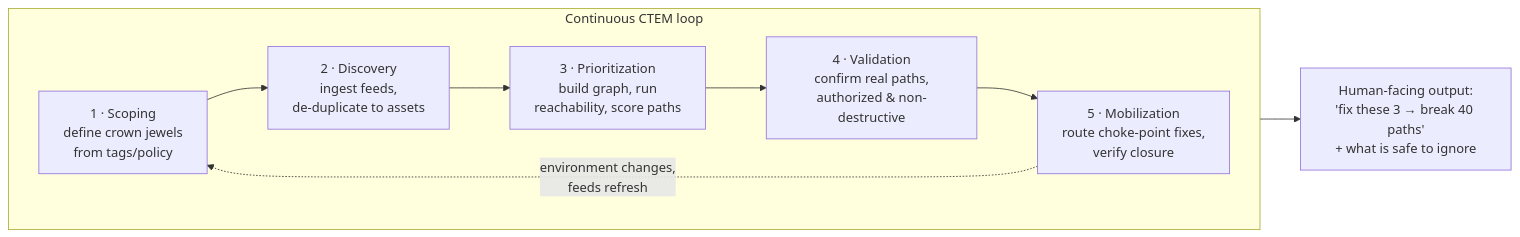
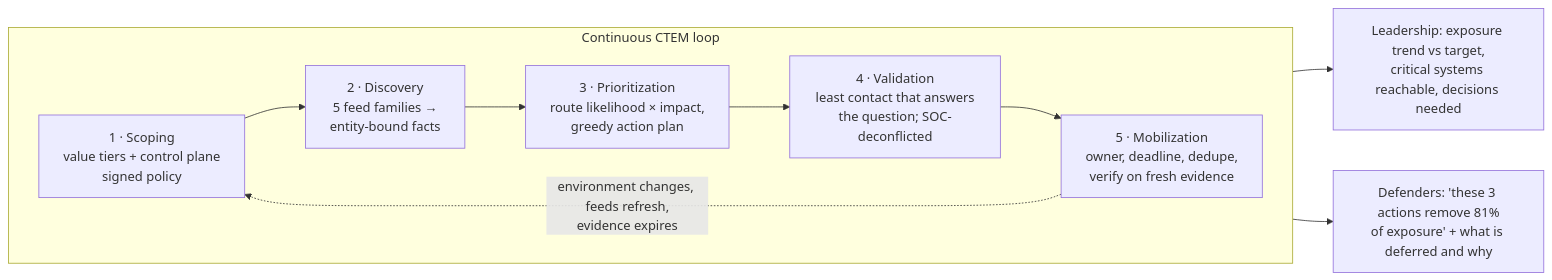
One commit to Daily-lesson/EASM_RED changed the first of 3 diagrams in docs/PLAN.md. Above: the diagram before and after it, drawn with Mermaid. The commit also changed other lines of this file and 12 other files, not shown here.

````diff
--- a/docs/PLAN.md
+++ b/docs/PLAN.md
@@ -29,12 +64,13 @@
 ```mermaid
 flowchart LR
   subgraph LOOP["Continuous CTEM loop"]
     direction LR
-    S["1 · Scoping<br/>define crown jewels<br/>from tags/policy"] --> D["2 · Discovery<br/>ingest feeds,<br/>de-duplicate to assets"]
-    D --> P["3 · Prioritization<br/>build graph, run<br/>reachability, score paths"]
-    P --> V["4 · Validation<br/>confirm real paths,<br/>authorized & non-destructive"]
-    V --> M["5 · Mobilization<br/>route choke-point fixes,<br/>verify closure"]
-    M -. environment changes,<br/>feeds refresh .-> S
+    S["1 · Scoping<br/>value tiers + control plane<br/>signed policy"] --> D["2 · Discovery<br/>5 feed families →<br/>entity-bound facts"]
+    D --> P["3 · Prioritization<br/>route likelihood × impact,<br/>greedy action plan"]
+    P --> V["4 · Validation<br/>least contact that answers<br/>the question; SOC-deconflicted"]
+    V --> M["5 · Mobilization<br/>owner, deadline, dedupe,<br/>verify on fresh evidence"]
+    M -. environment changes, feeds refresh,<br/>evidence expires .-> S
   end
-  M --> OUT["Human-facing output:<br/>'fix these 3 → break 40 paths'<br/>+ what is safe to ignore"]
+  M --> OUT["Leadership: exposure trend vs target,<br/>critical systems reachable, decisions needed"]
+  M --> OUT2["Defenders: 'these 3 actions remove 81%<br/>of exposure' + what is deferred and why"]
 ```
````
